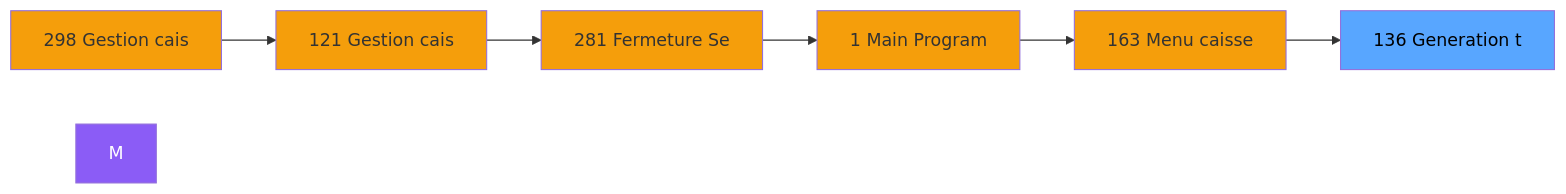
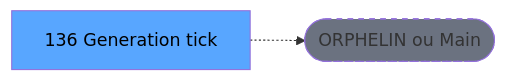
The second of 3 diagrams in .openspec/renders/ADH-IDE-136.md (thonyAGP/lecteur-magic), drawn with Mermaid before and after one commit. The commit also changed other lines of this file and 701 other files, not shown here.

````diff
--- a/.openspec/renders/ADH-IDE-136.md
+++ b/.openspec/renders/ADH-IDE-136.md
@@ -123,21 +119,8 @@
 ```mermaid
 graph LR
-    N298[298 Gestion cais]
-    N121[121 Gestion cais]
-    N281[281 Fermeture Se]
-    N1[1 Main Program]
-    N163[163 Menu caisse ]
-    T[136 Generation t]
-    N298 --> N121
-    N121 --> N281
-    N281 --> N1
-    N1 --> N163
-    N163 --> T
-    style M fill:#8b5cf6,color:#fff
-    style N298 fill:#f59e0b
-    style N121 fill:#f59e0b
-    style N281 fill:#f59e0b
-    style N1 fill:#f59e0b
-    style N163 fill:#f59e0b
+    T[136 Generation tick]
+    ORPHAN([ORPHELIN ou Main])
+    T -.-> ORPHAN
     style T fill:#58a6ff,color:#000
+    style ORPHAN fill:#6b7280,stroke-dasharray: 5 5
 ```
````
